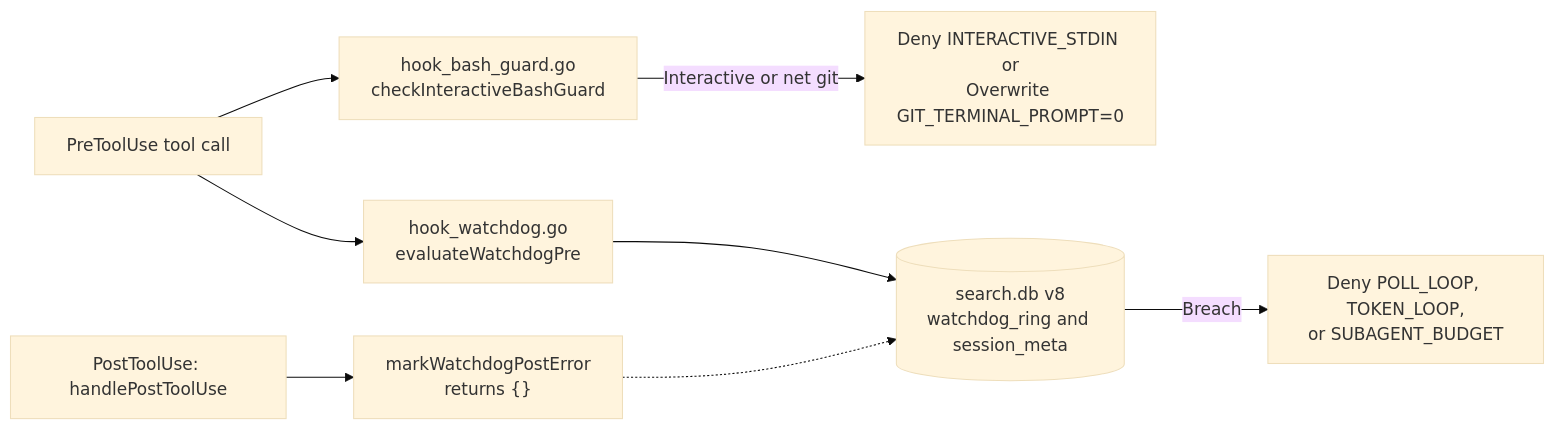
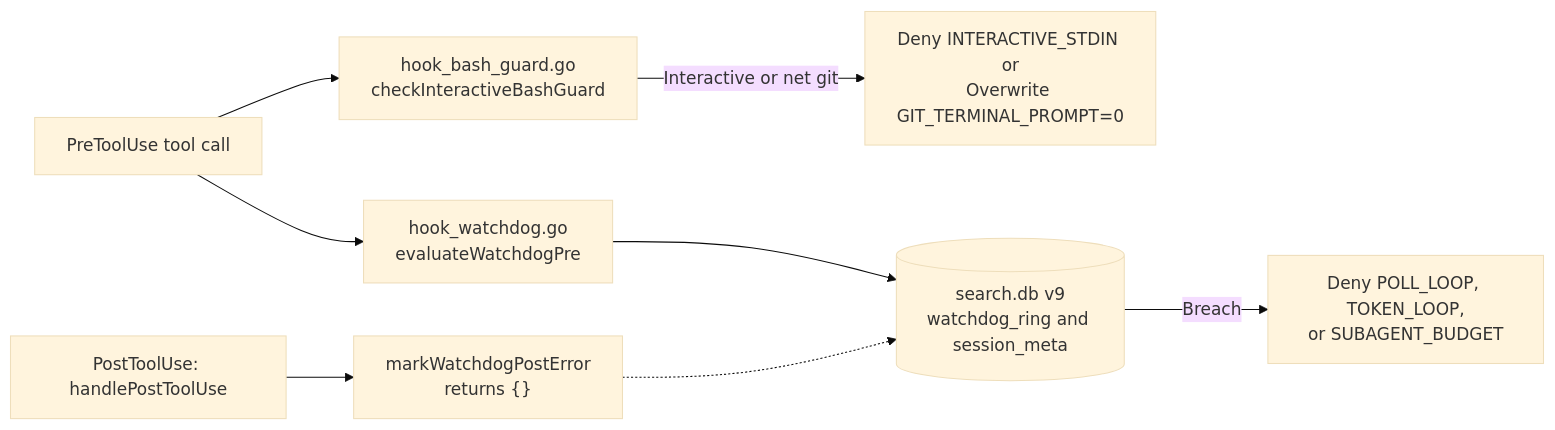
Before and after one commit to kesokaj/fyr: the sixth of 6 diagrams in features/hooks-and-ast-graph.md, drawn with Mermaid (base theme). The commit also changed other lines of this file and 11 other files, not shown here.

````diff
--- a/features/hooks-and-ast-graph.md
+++ b/features/hooks-and-ast-graph.md
@@ -181,10 +181,10 @@
 ```mermaid
 flowchart LR
     preCall["PreToolUse tool call"] --> bashGuard["hook_bash_guard.go\ncheckInteractiveBashGuard"]
     preCall --> watchPre["hook_watchdog.go\nevaluateWatchdogPre"]
     bashGuard -- "Interactive or net git" --> bashOut["Deny INTERACTIVE_STDIN or\nOverwrite GIT_TERMINAL_PROMPT=0"]
-    watchPre --> ringDB[("search.db v8\nwatchdog_ring and session_meta")]
+    watchPre --> ringDB[("search.db v9\nwatchdog_ring and session_meta")]
     ringDB -- "Breach" --> watchDeny["Deny POLL_LOOP, TOKEN_LOOP,\nor SUBAGENT_BUDGET"]
     postCall["PostToolUse: handlePostToolUse"] --> postMark["markWatchdogPostError\nreturns {}"]
     postMark -.-> ringDB
 ```
````
